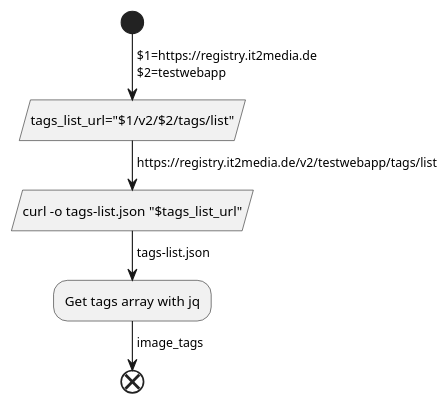
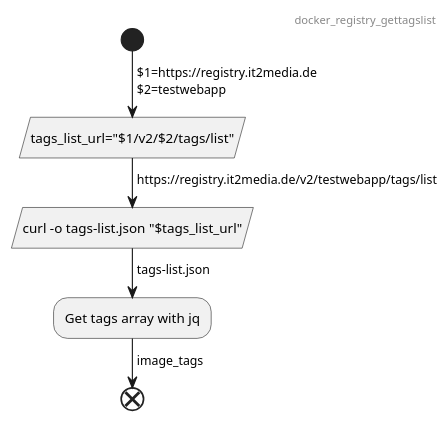
Before and after one commit to it2media/scripts: the diagram in Bash/docker_registry_gettagslist.pu, drawn with PlantUML. The commit also changed 3 other files, not shown here.

Commit message:
Finished docker_registry_gettagslist

```diff
--- a/Bash/docker_registry_gettagslist.pu
+++ b/Bash/docker_registry_gettagslist.pu
@@ -1,12 +1,13 @@
 @startuml docker_registry_gettagslist
+header docker_registry_gettagslist
 start
 ->$1=https://registry.it2media.de
 $2=testwebapp;
 :tags_list_url="$1/v2/$2/tags/list"/
 ->https://registry.it2media.de/v2/testwebapp/tags/list;
 :curl -o tags-list.json "$tags_list_url"/
 ->tags-list.json;
 :Get tags array with jq;
 ->image_tags;
 end
 @enduml
```
